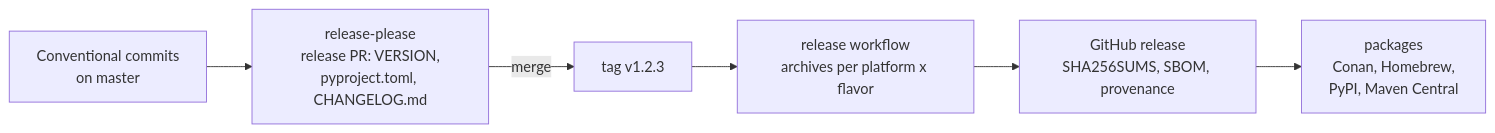
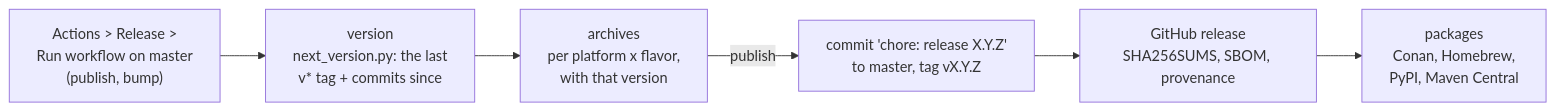
Before and after one commit to fatehmtd/VASDK: the diagram in docs/releasing.md, drawn with Mermaid. The commit also changed other lines of this file and 9 other files, not shown here.

Commit message:
build(release): releases started by hand, the version from the commits (#25)

````diff
--- a/docs/releasing.md
+++ b/docs/releasing.md
@@ -24,8 +28,8 @@
 ```mermaid
 flowchart LR
-    A["Conventional commits<br/>on master"] --> B["release-please<br/>release PR: VERSION,<br/>pyproject.toml, CHANGELOG.md"]
-    B -->|merge| C["tag v1.2.3"]
-    C --> D["release workflow<br/>archives per platform x flavor"]
+    A["Actions > Release ><br/>Run workflow on master<br/>(publish, bump)"] --> B["version<br/>next_version.py: the last<br/>v* tag + commits since"]
+    B --> C["archives<br/>per platform x flavor,<br/>with that version"]
+    C -->|publish| D["commit 'chore: release X.Y.Z'<br/>to master, tag vX.Y.Z"]
     D --> E["GitHub release<br/>SHA256SUMS, SBOM, provenance"]
     E --> F["packages<br/>Conan, Homebrew,<br/>PyPI, Maven Central"]
 ```
````
